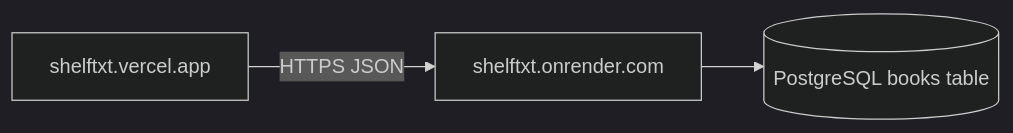
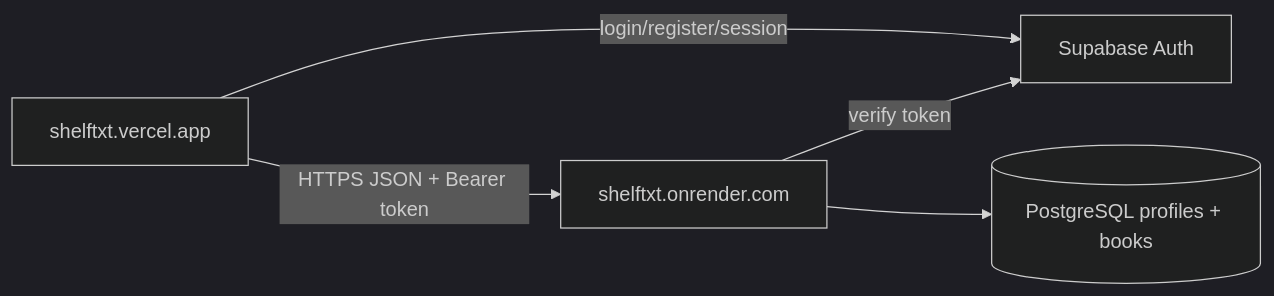
The first of 4 diagrams in docs/engineering/architecture.md (tranguyeenn/shelftxt), drawn with Mermaid (dark theme) before and after one commit. The commit also changed other lines of this file and 23 other files, not shown here.

Commit message:
Complete user ownership migration and apply missing schema updates

````diff
--- a/docs/engineering/architecture.md
+++ b/docs/engineering/architecture.md
@@ -25,9 +25,12 @@
 ```mermaid
 flowchart LR
   Browser[shelftxt.vercel.app]
+  Auth[Supabase Auth]
   API[shelftxt.onrender.com]
-  DB[(PostgreSQL books table)]
+  DB[(PostgreSQL profiles + books)]
 
-  Browser -->|HTTPS JSON| API
+  Browser -->|login/register/session| Auth
+  Browser -->|HTTPS JSON + Bearer token| API
+  API -->|verify token| Auth
   API --> DB
 ```
````
